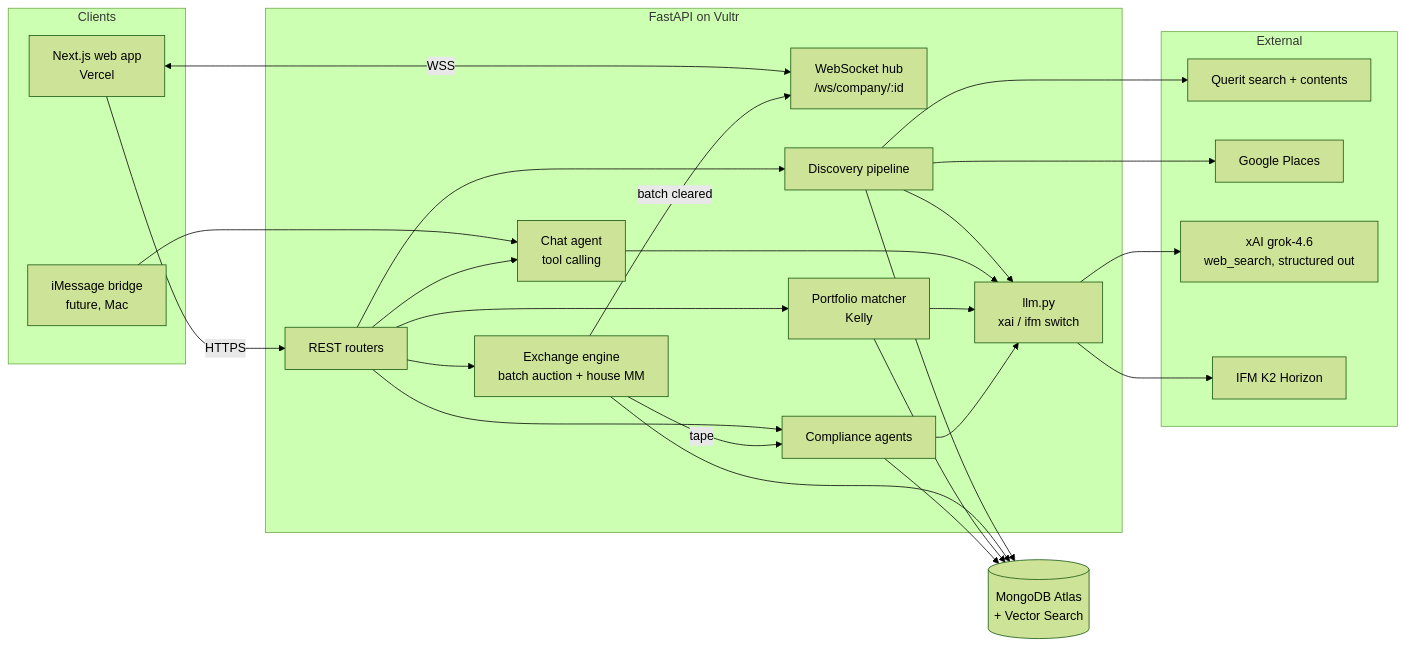
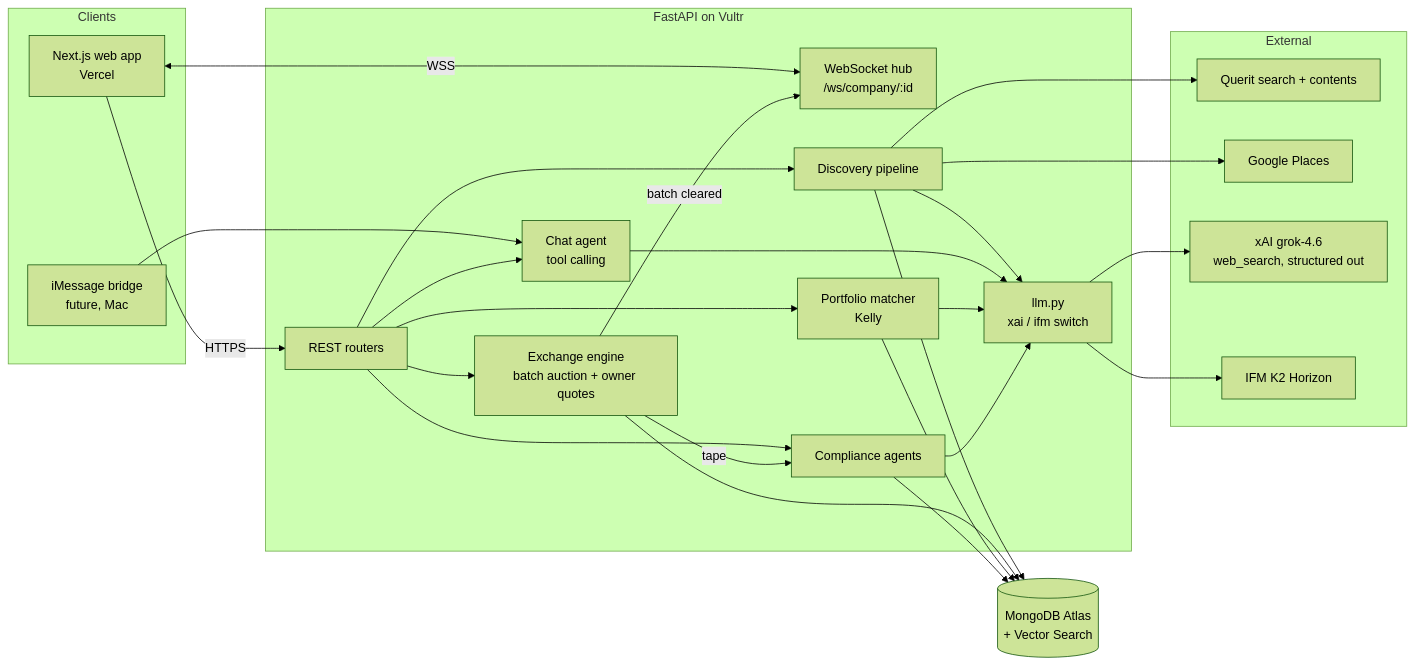
The first of 2 diagrams in Plan.md (NMDASC/Bartr), drawn with Mermaid (forest theme) before and after one commit. The commit also changed other lines of this file, not shown here.

Commit message:
Plan: last two house MM references

````diff
--- a/Plan.md
+++ b/Plan.md
@@ -198,36 +198,36 @@
 ```mermaid
 flowchart LR
   subgraph Clients
     W[Next.js web app<br/>Vercel]
     IM[iMessage bridge<br/>future, Mac]
   end
   subgraph API["FastAPI on Vultr"]
     R[REST routers]
     WS[WebSocket hub<br/>/ws/company/:id]
     D[Discovery pipeline]
-    X[Exchange engine<br/>batch auction + house MM]
+    X[Exchange engine<br/>batch auction + owner quotes]
     P[Portfolio matcher<br/>Kelly]
     C[Compliance agents]
     A[Chat agent<br/>tool calling]
     L[llm.py<br/>xai / ifm switch]
   end
   subgraph External
     Q[Querit search + contents]
     G[Google Places]
     XA[xAI grok-4.6<br/>web_search, structured out]
     K2[IFM K2 Horizon]
   end
   M[(MongoDB Atlas<br/>+ Vector Search)]
   W -->|HTTPS| R
   W <-->|WSS| WS
   IM --> A
   R --> D & X & P & A & C
   D --> Q & G & L
   A --> L
   P --> L
   C --> L
   L --> XA & K2
   D & X & P & C --> M
   X -->|batch cleared| WS
   X -->|tape| C
 ```
````
